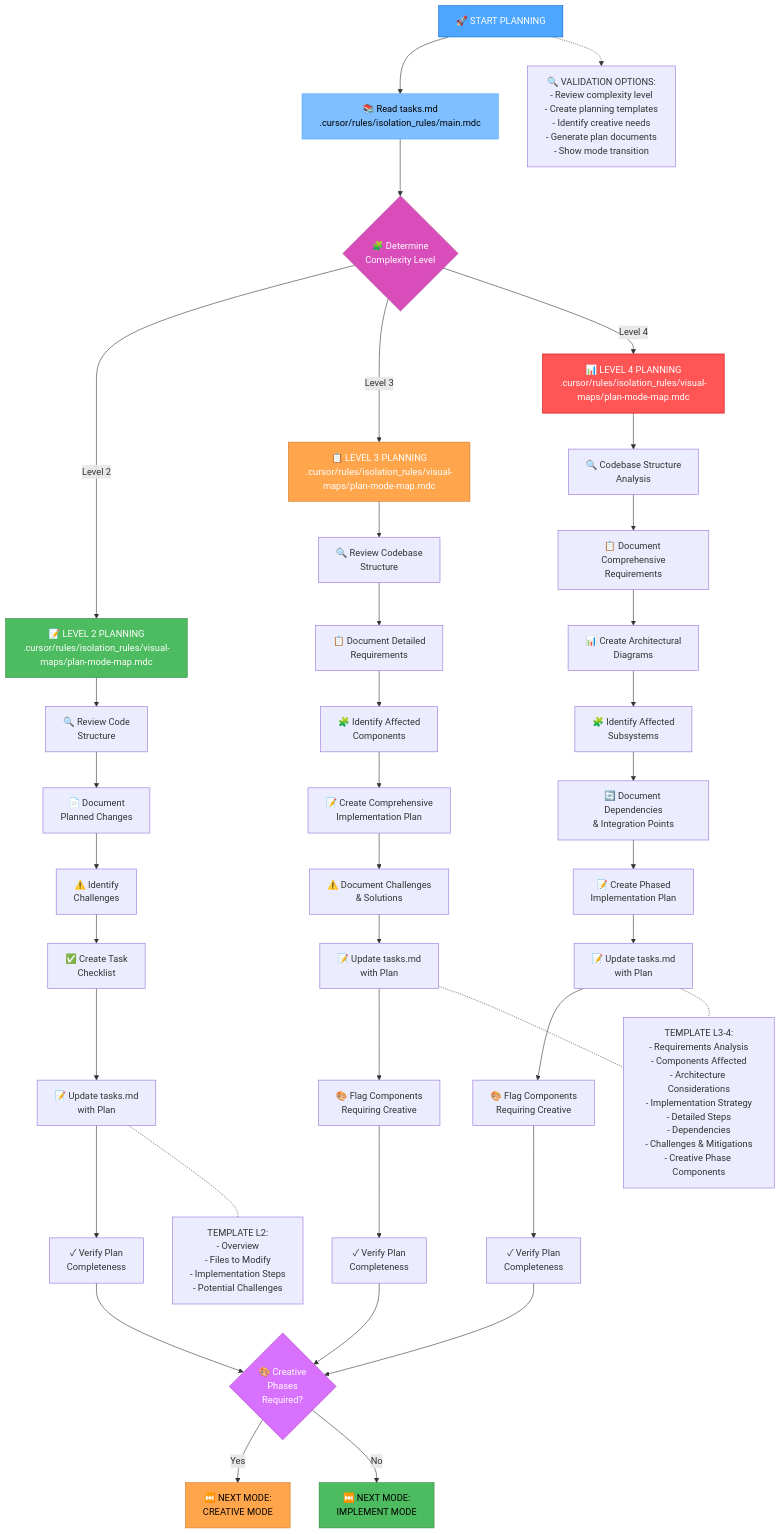
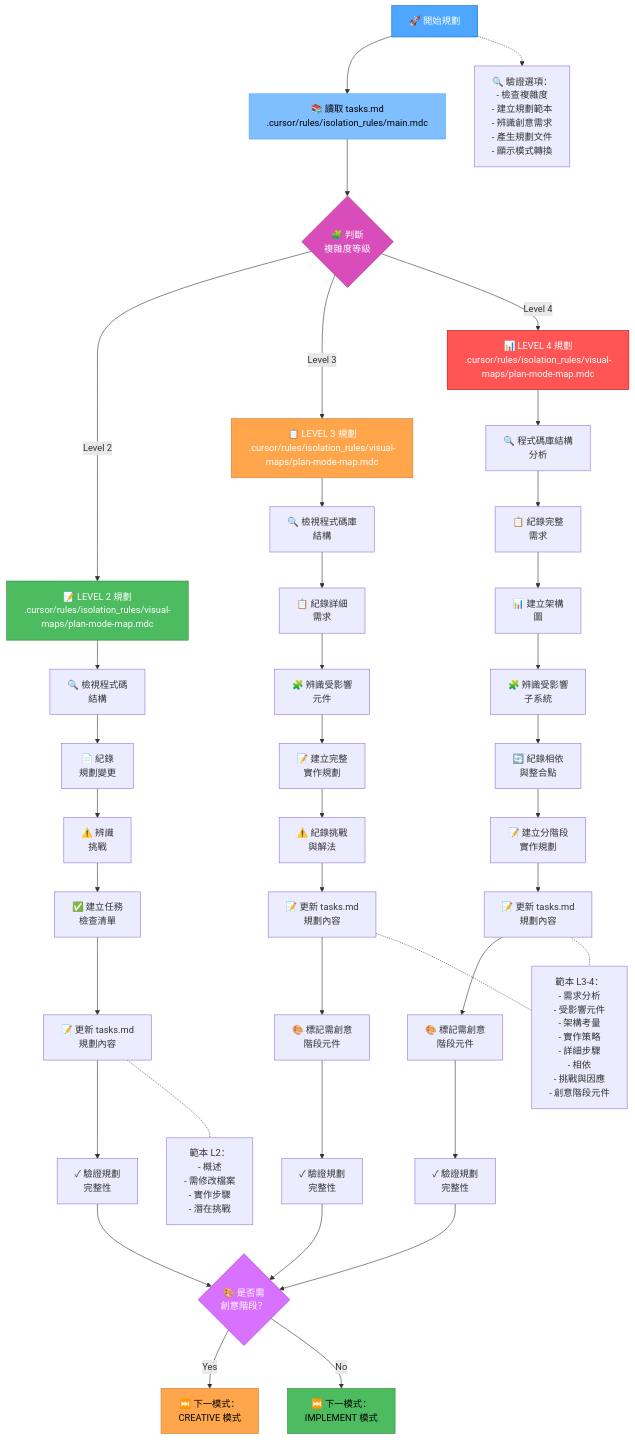
The first of 5 diagrams in 中文化/custom_modes/plan_instructions.md (chenjackle45/cursor-memory-bank-chinese), drawn with Mermaid before and after one commit. The commit also changed other lines of this file and 5 other files, not shown here.

Commit message:
Translate and update documentation for Reflect+Archive and VAN modes to enhance clarity and accessibility for users. Adjusted flowcharts and verification checklists to reflect changes in the development process.

````diff
--- a/中文化/custom_modes/plan_instructions.md
+++ b/中文化/custom_modes/plan_instructions.md
@@ -5,64 +5,64 @@
 ```mermaid
 graph TD
-    Start["🚀 START PLANNING"] --> ReadTasks["📚 Read tasks.md<br>.cursor/rules/isolation_rules/main.mdc"]
-    
+    Start["🚀 開始規劃"] --> ReadTasks["📚 讀取 tasks.md<br>.cursor/rules/isolation_rules/main.mdc"]
+
     %% Complexity Level Determination
-    ReadTasks --> CheckLevel{"🧩 Determine<br>Complexity Level"}
-    CheckLevel -->|"Level 2"| Level2["📝 LEVEL 2 PLANNING<br>.cursor/rules/isolation_rules/visual-maps/plan-mode-map.mdc"]
-    CheckLevel -->|"Level 3"| Level3["📋 LEVEL 3 PLANNING<br>.cursor/rules/isolation_rules/visual-maps/plan-mode-map.mdc"]
-    CheckLevel -->|"Level 4"| Level4["📊 LEVEL 4 PLANNING<br>.cursor/rules/isolation_rules/visual-maps/plan-mode-map.mdc"]
-    
+    ReadTasks --> CheckLevel{"🧩 判斷<br>複雜度等級"}
+    CheckLevel -->|"Level 2"| Level2["📝 LEVEL 2 規劃<br>.cursor/rules/isolation_rules/visual-maps/plan-mode-map.mdc"]
+    CheckLevel -->|"Level 3"| Level3["📋 LEVEL 3 規劃<br>.cursor/rules/isolation_rules/visual-maps/plan-mode-map.mdc"]
+    CheckLevel -->|"Level 4"| Level4["📊 LEVEL 4 規劃<br>.cursor/rules/isolation_rules/visual-maps/plan-mode-map.mdc"]
+
     %% Level 2 Planning
-    Level2 --> L2Review["🔍 Review Code<br>Structure"]
-    L2Review --> L2Document["📄 Document<br>Planned Changes"]
-    L2Document --> L2Challenges["⚠️ Identify<br>Challenges"]
-    L2Challenges --> L2Checklist["✅ Create Task<br>Checklist"]
-    L2Checklist --> L2Update["📝 Update tasks.md<br>with Plan"]
-    L2Update --> L2Verify["✓ Verify Plan<br>Completeness"]
-    
+    Level2 --> L2Review["🔍 檢視程式碼<br>結構"]
+    L2Review --> L2Document["📄 紀錄<br>規劃變更"]
+    L2Document --> L2Challenges["⚠️ 辨識<br>挑戰"]
+    L2Challenges --> L2Checklist["✅ 建立任務<br>檢查清單"]
+    L2Checklist --> L2Update["📝 更新 tasks.md<br>規劃內容"]
+    L2Update --> L2Verify["✓ 驗證規劃<br>完整性"]
+
     %% Level 3 Planning
-    Level3 --> L3Review["🔍 Review Codebase<br>Structure"]
-    L3Review --> L3Requirements["📋 Document Detailed<br>Requirements"]
-    L3Requirements --> L3Components["🧩 Identify Affected<br>Components"]
-    L3Components --> L3Plan["📝 Create Comprehensive<br>Implementation Plan"]
-    L3Plan --> L3Challenges["⚠️ Document Challenges<br>& Solutions"]
-    L3Challenges --> L3Update["📝 Update tasks.md<br>with Plan"]
-    L3Update --> L3Flag["🎨 Flag Components<br>Requiring Creative"]
-    L3Flag --> L3Verify["✓ Verify Plan<br>Completeness"]
-    
+    Level3 --> L3Review["🔍 檢視程式碼庫<br>結構"]
+    L3Review --> L3Requirements["📋 紀錄詳細<br>需求"]
+    L3Requirements --> L3Components["🧩 辨識受影響<br>元件"]
+    L3Components --> L3Plan["📝 建立完整<br>實作規劃"]
+    L3Plan --> L3Challenges["⚠️ 紀錄挑戰<br>與解法"]
+    L3Challenges --> L3Update["📝 更新 tasks.md<br>規劃內容"]
+    L3Update --> L3Flag["🎨 標記需創意<br>階段元件"]
+    L3Flag --> L3Verify["✓ 驗證規劃<br>完整性"]
+
     %% Level 4 Planning
-    Level4 --> L4Analysis["🔍 Codebase Structure<br>Analysis"]
-    L4Analysis --> L4Requirements["📋 Document Comprehensive<br>Requirements"]
-    L4Requirements --> L4Diagrams["📊 Create Architectural<br>Diagrams"]
-    L4Diagrams --> L4Subsystems["🧩 Identify Affected<br>Subsystems"]
-    L4Subsystems --> L4Dependencies["🔄 Document Dependencies<br>& Integration Points"]
-    L4Dependencies --> L4Plan["📝 Create Phased<br>Implementation Plan"]
-    L4Plan --> L4Update["📝 Update tasks.md<br>with Plan"]
-    L4Update --> L4Flag["🎨 Flag Components<br>Requiring Creative"]
-    L4Flag --> L4Verify["✓ Verify Plan<br>Completeness"]
-    
+    Level4 --> L4Analysis["🔍 程式碼庫結構<br>分析"]
+    L4Analysis --> L4Requirements["📋 紀錄完整<br>需求"]
+    L4Requirements --> L4Diagrams["📊 建立架構<br>圖"]
+    L4Diagrams --> L4Subsystems["🧩 辨識受影響<br>子系統"]
+    L4Subsystems --> L4Dependencies["🔄 紀錄相依<br>與整合點"]
+    L4Dependencies --> L4Plan["📝 建立分階段<br>實作規劃"]
+    L4Plan --> L4Update["📝 更新 tasks.md<br>規劃內容"]
+    L4Update --> L4Flag["🎨 標記需創意<br>階段元件"]
+    L4Flag --> L4Verify["✓ 驗證規劃<br>完整性"]
+
     %% Verification & Completion
-    L2Verify & L3Verify & L4Verify --> CheckCreative{"🎨 Creative<br>Phases<br>Required?"}
-    
+    L2Verify & L3Verify & L4Verify --> CheckCreative{"🎨 是否需<br>創意階段？"}
+
     %% Mode Transition
-    CheckCreative -->|"Yes"| RecCreative["⏭️ NEXT MODE:<br>CREATIVE MODE"]
-    CheckCreative -->|"No"| RecImplement["⏭️ NEXT MODE:<br>IMPLEMENT MODE"]
-    
+    CheckCreative -->|"Yes"| RecCreative["⏭️ 下一模式：<br>CREATIVE 模式"]
+    CheckCreative -->|"No"| RecImplement["⏭️ 下一模式：<br>IMPLEMENT 模式"]
+
     %% Template Selection
-    L2Update -.- Template2["TEMPLATE L2:<br>- Overview<br>- Files to Modify<br>- Implementation Steps<br>- Potential Challenges"]
-    L3Update & L4Update -.- TemplateAdv["TEMPLATE L3-4:<br>- Requirements Analysis<br>- Components Affected<br>- Architecture Considerations<br>- Implementation Strategy<br>- Detailed Steps<br>- Dependencies<br>- Challenges & Mitigations<br>- Creative Phase Components"]
-    
+    L2Update -.- Template2["範本 L2：<br>- 概述<br>- 需修改檔案<br>- 實作步驟<br>- 潛在挑戰"]
+    L3Update & L4Update -.- TemplateAdv["範本 L3-4：<br>- 需求分析<br>- 受影響元件<br>- 架構考量<br>- 實作策略<br>- 詳細步驟<br>- 相依<br>- 挑戰與因應<br>- 創意階段元件"]
+
     %% Validation Options
-    Start -.-> Validation["🔍 VALIDATION OPTIONS:<br>- Review complexity level<br>- Create planning templates<br>- Identify creative needs<br>- Generate plan documents<br>- Show mode transition"]
+    Start -.-> Validation["🔍 驗證選項：<br>- 檢查複雜度<br>- 建立規劃範本<br>- 辨識創意需求<br>- 產生規劃文件<br>- 顯示模式轉換"]
 
     %% Styling
     style Start fill:#4da6ff,stroke:#0066cc,color:white
     style ReadTasks fill:#80bfff,stroke:#4da6ff,color:black
     style CheckLevel fill:#d94dbb,stroke:#a3378a,color:white
     style Level2 fill:#4dbb5f,stroke:#36873f,color:white
     style Level3 fill:#ffa64d,stroke:#cc7a30,color:white
     style Level4 fill:#ff5555,stroke:#cc0000,color:white
     style CheckCreative fill:#d971ff,stroke:#a33bc2,color:white
     style RecCreative fill:#ffa64d,stroke:#cc7a30,color:black
     style RecImplement fill:#4dbb5f,stroke:#36873f,color:black
 ```
````
